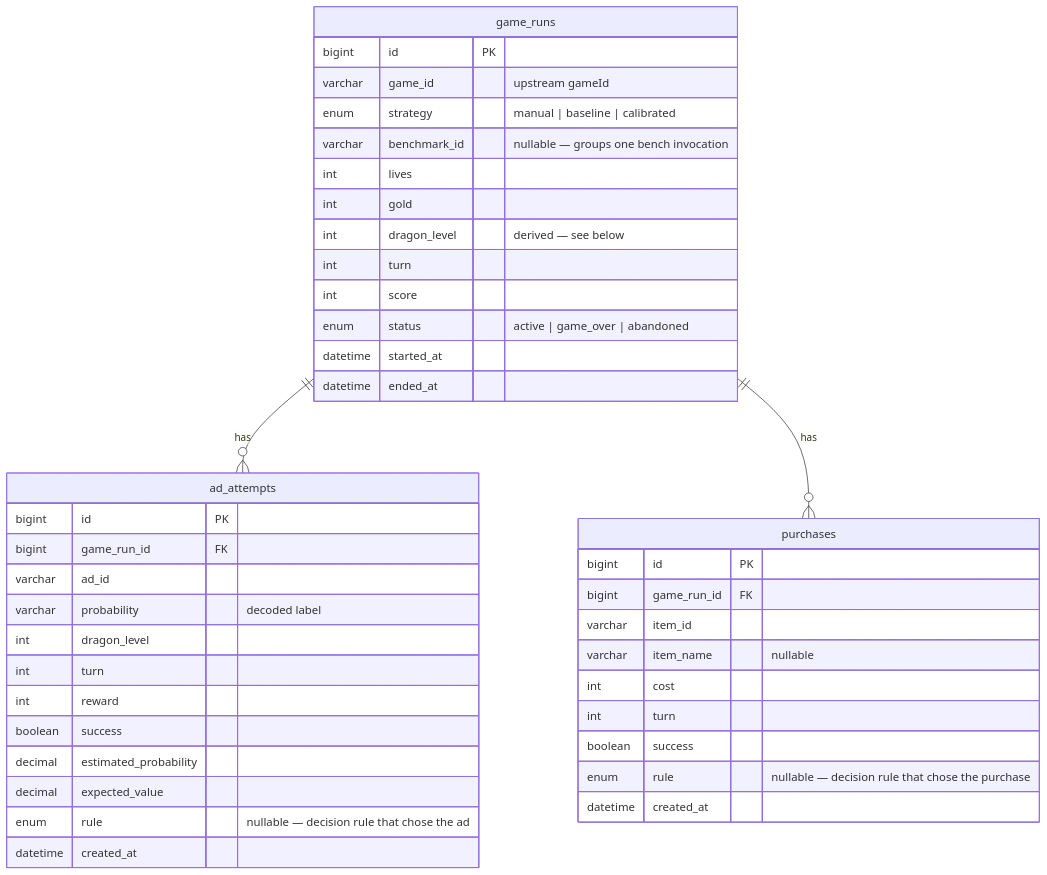
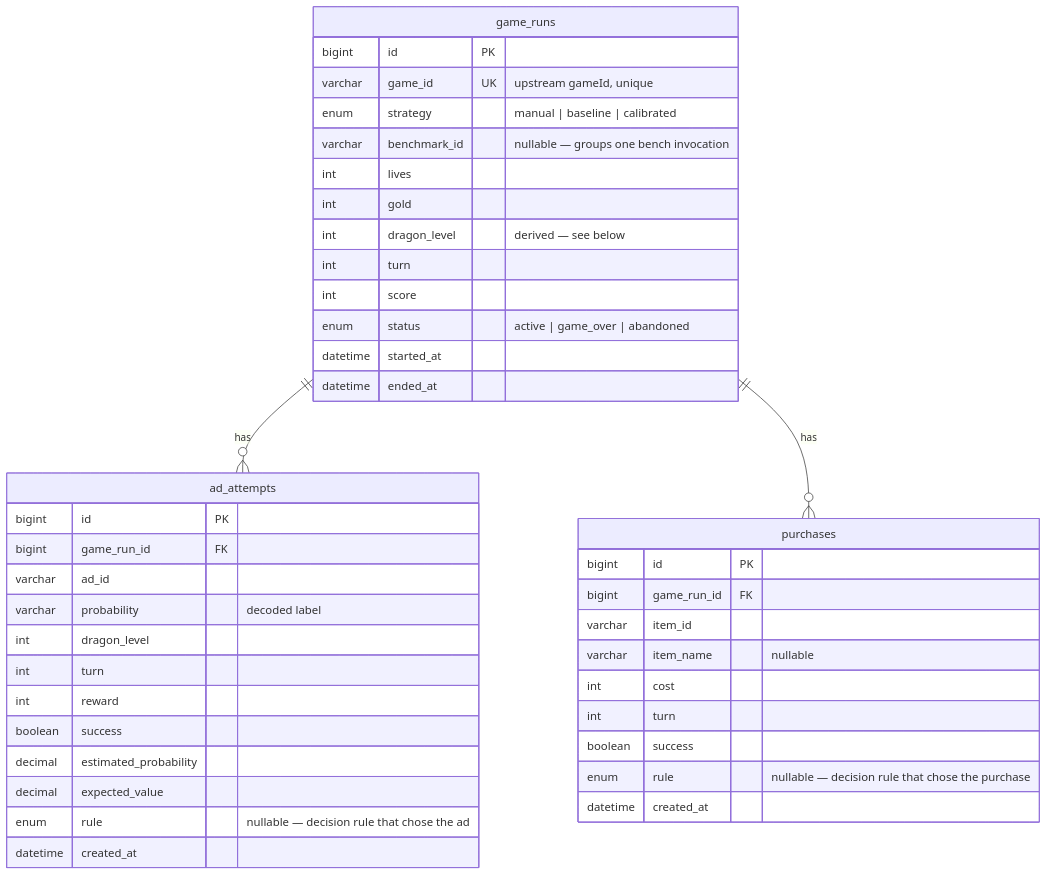
The diagram in docs/agent_docs/database.md (eazygood/dragons_game), drawn with Mermaid before and after one commit. The commit also changed other lines of this file and 269 other files, not shown here.

````diff
--- a/docs/agent_docs/database.md
+++ b/docs/agent_docs/database.md
@@ -7,45 +7,45 @@
 ```mermaid
 erDiagram
     game_runs ||--o{ ad_attempts : has
     game_runs ||--o{ purchases : has
 
     game_runs {
         bigint id PK
-        varchar game_id "upstream gameId"
+        varchar game_id UK "upstream gameId, unique"
         enum strategy "manual | baseline | calibrated"
         varchar benchmark_id "nullable — groups one bench invocation"
         int lives
         int gold
         int dragon_level "derived — see below"
         int turn
         int score
         enum status "active | game_over | abandoned"
         datetime started_at
         datetime ended_at
     }
     ad_attempts {
         bigint id PK
         bigint game_run_id FK
         varchar ad_id
         varchar probability "decoded label"
         int dragon_level
         int turn
         int reward
         boolean success
         decimal estimated_probability
         decimal expected_value
         enum rule "nullable — decision rule that chose the ad"
         datetime created_at
     }
     purchases {
         bigint id PK
         bigint game_run_id FK
         varchar item_id
         varchar item_name "nullable"
         int cost
         int turn
         boolean success
         enum rule "nullable — decision rule that chose the purchase"
         datetime created_at
     }
 ```
````
